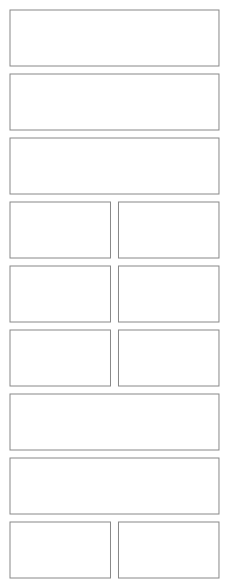
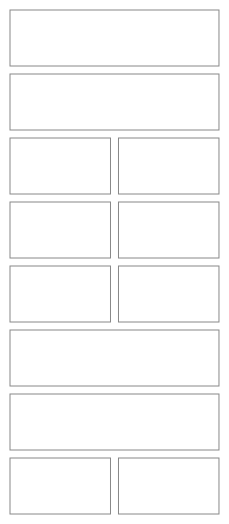
Before and after one commit to NovaMoonX/moondreams-dev-apps: diagram 19 of 31 in src/apps/pinch/UX.md, drawn with Mermaid. The commit also changed other lines of this file and 206 other files, not shown here.

````diff
--- a/src/apps/pinch/UX.md
+++ b/src/apps/pinch/UX.md
@@ -486,31 +613,29 @@
 ```mermaid
 %%{init: {'theme': 'base', 'themeVariables': {'primaryColor': 'transparent', 'primaryBorderColor': '#888888', 'primaryTextColor': '#333333', 'lineColor': '#888888'}}}%%
 block-beta
   columns 2
-  PR1["Product"]:2
-  PR2["For<br/>Chicken breast"]:2
+  PR1["Chicken breast · Walmart"]:2
   PR3["Where do you buy it?"]:2
   PR4["+ New store"]:1
   PR5["Walmart"]:1
   PR6["Costco"]:1
   PR7["Show all"]:1
   PR8["Price<br/>$9.48"]:1
   PR9["Package size<br/>3 lb"]:1
   PR10["+ Label   + Link"]:2
   PR11["Make this the default"]:2
   PR12["🗑"]:1
   PR13["Cancel  ·  Save"]:1
   style PR1 fill:transparent,stroke:#888888,stroke-width:1px;
-  style PR2 fill:transparent,stroke:#888888,stroke-width:1px;
   style PR3 fill:transparent,stroke:#888888,stroke-width:1px;
   style PR4 fill:transparent,stroke:#888888,stroke-width:1px;
   style PR5 fill:transparent,stroke:#888888,stroke-width:1px;
   style PR6 fill:transparent,stroke:#888888,stroke-width:1px;
   style PR7 fill:transparent,stroke:#888888,stroke-width:1px;
   style PR8 fill:transparent,stroke:#888888,stroke-width:1px;
   style PR9 fill:transparent,stroke:#888888,stroke-width:1px;
   style PR10 fill:transparent,stroke:#888888,stroke-width:1px;
   style PR11 fill:transparent,stroke:#888888,stroke-width:1px;
   style PR12 fill:transparent,stroke:#888888,stroke-width:1px;
   style PR13 fill:transparent,stroke:#888888,stroke-width:1px;
 ```
````
